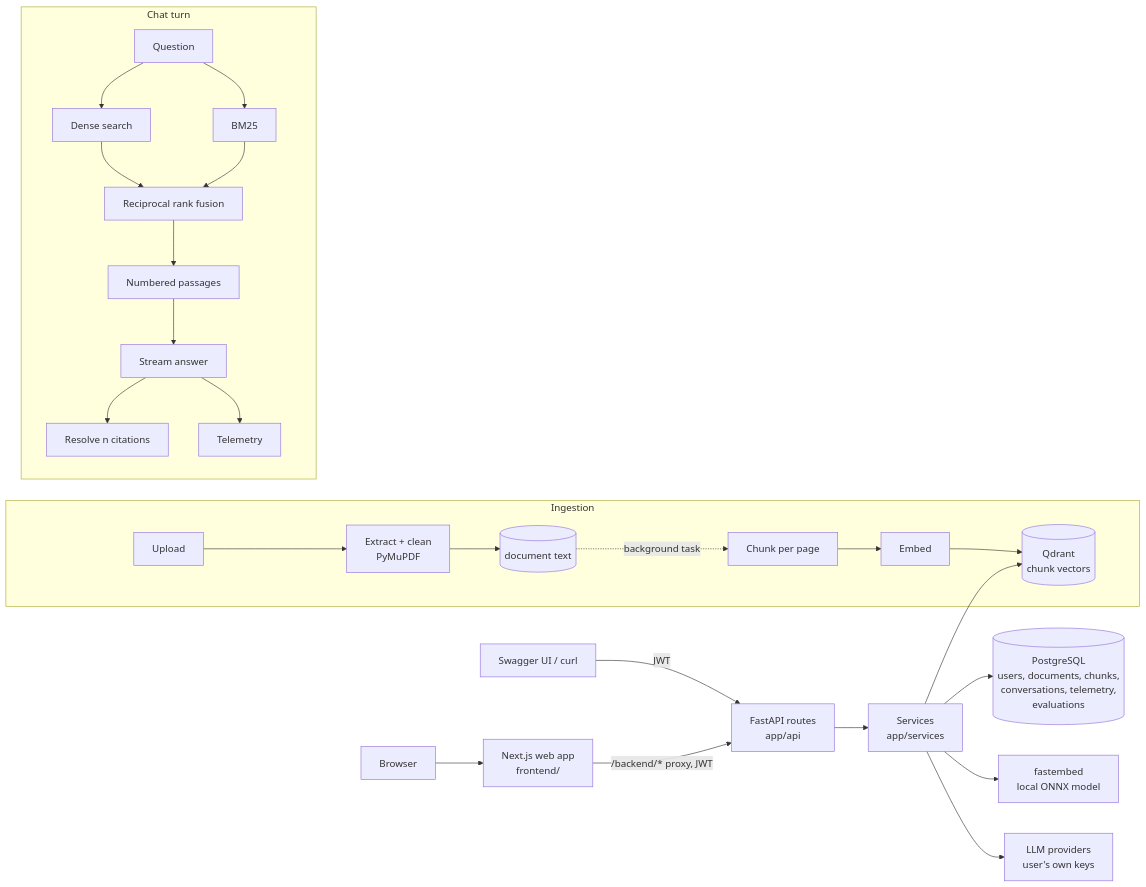
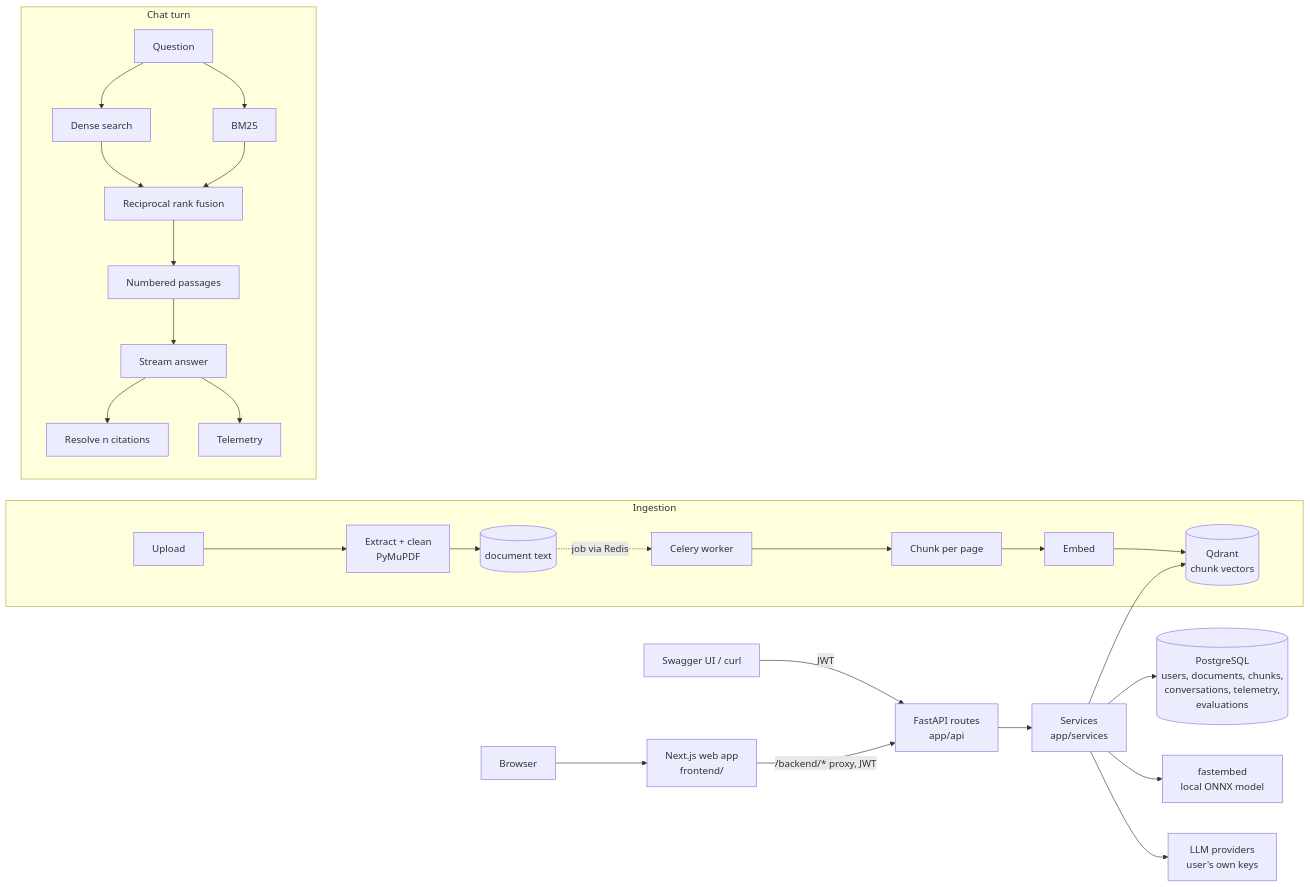
Before and after one commit to shan3520/ragleitus: the diagram in README.md, drawn with Mermaid. The commit also changed other lines of this file and 15 other files, not shown here.

First line of the commit message:
feat: index documents through a Celery task queue

````diff
--- a/README.md
+++ b/README.md
@@ -120,22 +120,22 @@
 ```mermaid
 flowchart LR
     browser[Browser] --> web[Next.js web app<br/>frontend/]
     web -->|/backend/* proxy, JWT| api[FastAPI routes<br/>app/api]
     swagger[Swagger UI / curl] -->|JWT| api
     api --> services[Services<br/>app/services]
     services --> pg[(PostgreSQL<br/>users, documents, chunks,<br/>conversations, telemetry,<br/>evaluations)]
     services --> qdrant[(Qdrant<br/>chunk vectors)]
     services --> embed[fastembed<br/>local ONNX model]
     services --> llm[LLM providers<br/>user's own keys]
 
     subgraph Ingestion
       up[Upload] --> extract[Extract + clean<br/>PyMuPDF] --> store[(document text)]
-      store -. background task .-> chunk[Chunk per page] --> vec[Embed] --> qdrant
+      store -. job via Redis .-> worker[Celery worker] --> chunk[Chunk per page] --> vec[Embed] --> qdrant
     end
 
     subgraph Chat turn
       q[Question] --> dense[Dense search] & bm25[BM25]
       dense & bm25 --> rrf[Reciprocal rank fusion] --> prompt[Numbered passages] --> gen[Stream answer] --> cite[Resolve n citations]
       gen --> tel[Telemetry]
     end
 ```
````
